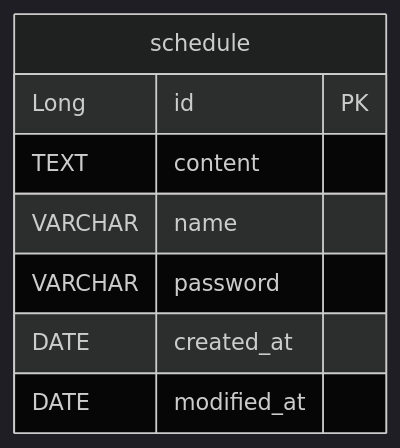
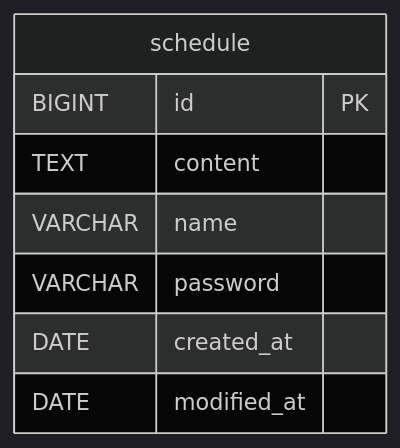
Before and after one commit to doorcs/java-schedule-project: the second of 2 diagrams in README.md, drawn with Mermaid (dark theme). The commit also changed other lines of this file, not shown here.

````diff
--- a/README.md
+++ b/README.md
@@ -84,13 +104,13 @@
 ```mermaid
 erDiagram
     schedule {
-        Long id PK
+        BIGINT id PK
         TEXT content
         VARCHAR name
         VARCHAR password
     %% 암호를 평문으로 저장하는게 정말 너무 거슬린다....
         DATE created_at
         DATE modified_at
     %% 요구사항이 YYYY-MM-DD 형식이므로 DATE 사용
     }
 ```
````
